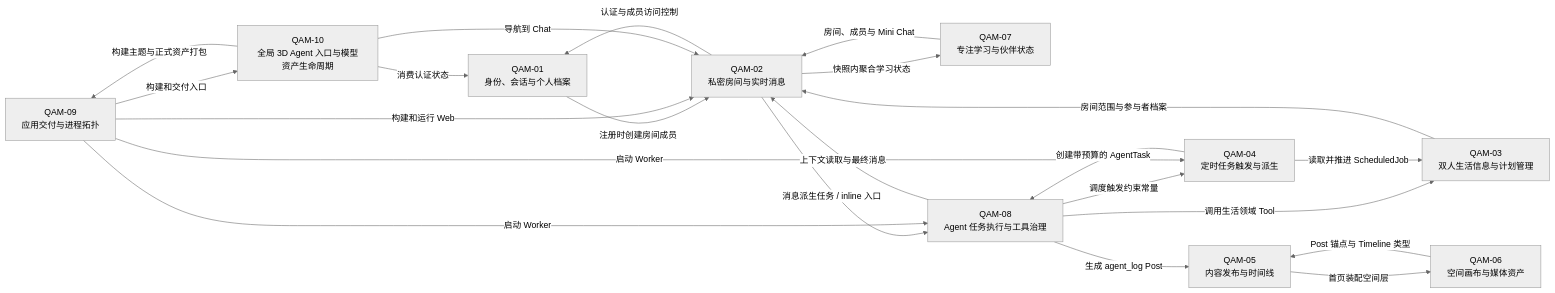
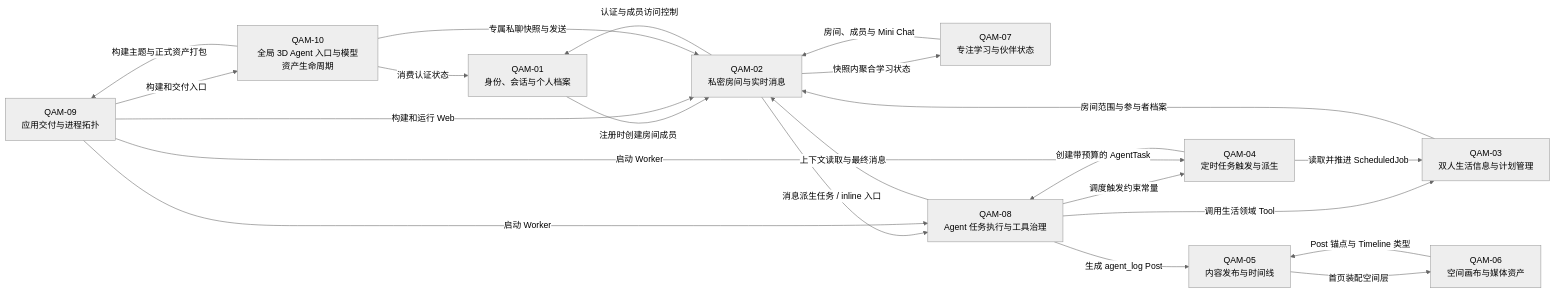
One commit to liuxiaoxuanmmj/xoxoMeridian changed the diagram in PROJECT_VIEW.md. Above: the diagram before and after it, drawn with Mermaid (neutral theme). The commit also changed other lines of this file and 80 other files, not shown here.

````diff
--- a/PROJECT_VIEW.md
+++ b/PROJECT_VIEW.md
@@ -75,35 +75,35 @@
 ```mermaid
 flowchart LR
   Q1[QAM-01<br/>身份、会话与个人档案]
   Q2[QAM-02<br/>私密房间与实时消息]
   Q3[QAM-03<br/>双人生活信息与计划管理]
   Q4[QAM-04<br/>定时任务触发与派生]
   Q5[QAM-05<br/>内容发布与时间线]
   Q6[QAM-06<br/>空间画布与媒体资产]
   Q7[QAM-07<br/>专注学习与伙伴状态]
   Q8[QAM-08<br/>Agent 任务执行与工具治理]
   Q9[QAM-09<br/>应用交付与进程拓扑]
   Q10[QAM-10<br/>全局 3D Agent 入口与模型资产生命周期]
 
   Q1 -->|注册时创建房间成员| Q2
   Q2 -->|认证与成员访问控制| Q1
   Q2 -->|消息派生任务 / inline 入口| Q8
   Q8 -->|上下文读取与最终消息| Q2
   Q3 -->|房间范围与参与者档案| Q2
   Q8 -->|调用生活领域 Tool| Q3
   Q4 -->|读取并推进 ScheduledJob| Q3
   Q4 -->|创建带预算的 AgentTask| Q8
   Q8 -->|调度触发约束常量| Q4
   Q5 -->|首页装配空间层| Q6
   Q6 -->|Post 锚点与 Timeline 类型| Q5
   Q7 -->|房间、成员与 Mini Chat| Q2
   Q2 -->|快照内聚合学习状态| Q7
   Q8 -->|生成 agent_log Post| Q5
   Q9 -->|构建和运行 Web| Q2
   Q9 -->|启动 Worker| Q4
   Q9 -->|启动 Worker| Q8
   Q10 -->|消费认证状态| Q1
-  Q10 -->|导航到 Chat| Q2
+  Q10 -->|专属私聊快照与发送| Q2
   Q10 -->|构建主题与正式资产打包| Q9
   Q9 -->|构建和交付入口| Q10
 ```
````
